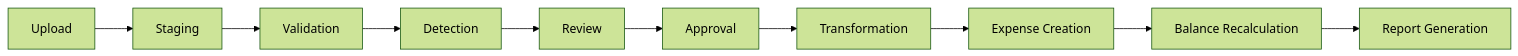
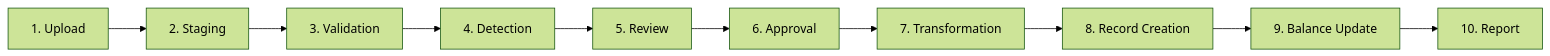
One commit to Navneet6050/Splitr changed the diagram in SCOPE.md. Above: the diagram before and after it, drawn with Mermaid (forest theme). The commit also changed other lines of this file, not shown here.

Commit message:
feat: implement staged CSV import pipeline with anomaly detection and audit workflow

````diff
--- a/SCOPE.md
+++ b/SCOPE.md
@@ -272,12 +351,12 @@
 ```mermaid
-graph LR
-    A[Upload] --> B[Staging]
-    B --> C[Validation]
-    C --> D[Detection]
-    D --> E[Review]
-    E --> F[Approval]
-    F --> G[Transformation]
-    G --> H[Expense Creation]
-    H --> I[Balance Recalculation]
-    I --> J[Report Generation]
+flowchart LR
+    A[1. Upload] --> B[2. Staging]
+    B --> C[3. Validation]
+    C --> D[4. Detection]
+    D --> E[5. Review]
+    E --> F[6. Approval]
+    F --> G[7. Transformation]
+    G --> H[8. Record Creation]
+    H --> I[9. Balance Update]
+    I --> J[10. Report]
 ```
````
